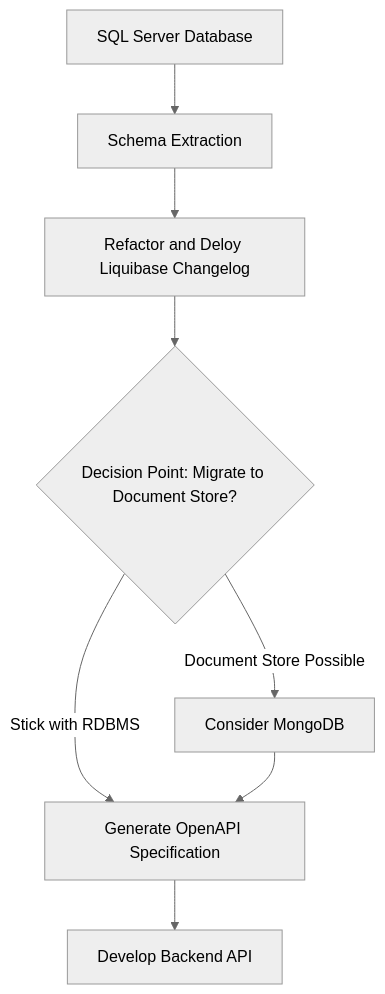
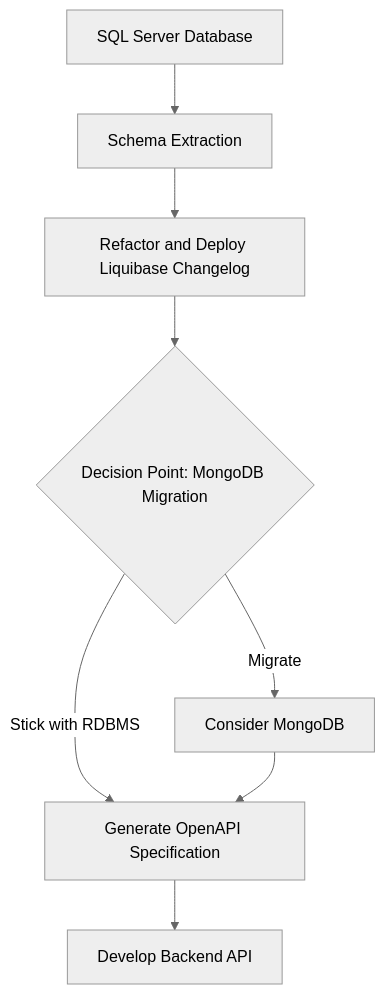
The diagram in playbook/pages/pathways/sql-server/README.md (DEFRA/defra-ai-legacy-modernisation), drawn with Mermaid (neutral theme) before and after one commit. The commit also changed other lines of this file and 3 other files, not shown here.

```diff
--- a/playbook/pages/pathways/sql-server/README.md
+++ b/playbook/pages/pathways/sql-server/README.md
@@ -12,10 +13,10 @@
 <pre class="mermaid">
 graph TD
     A[SQL Server Database] --> B[Schema Extraction]
-    B --> C[Refactor and Deloy Liquibase Changelog]
-    C --> E{Decision Point: Migrate to Document Store?}
-    E -->|Document Store Possible| F[Consider MongoDB]
+    B --> C[Refactor and Deploy Liquibase Changelog]
+    C --> E{Decision Point: MongoDB Migration}
+    E -->|Migrate| F[Consider MongoDB]
     E -->|Stick with RDBMS| H
     F --> H[Generate OpenAPI Specification]
     H --> I[Develop Backend API]
 </pre>
```
